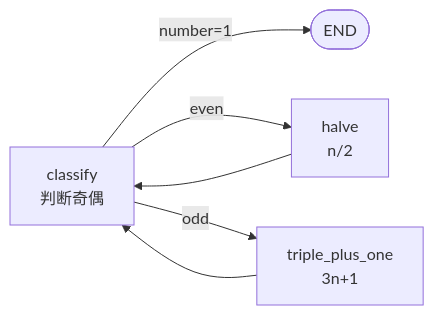
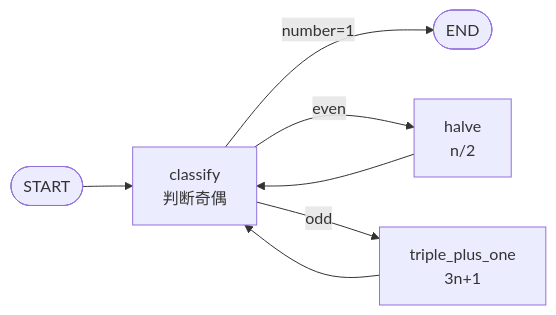
Before and after one commit to wanglh39/langgraph: the fifth of 6 diagrams in docs/stages/stage_3_conditional.md, drawn with Mermaid. The commit also changed other lines of this file and 16 other files, not shown here.

````diff
--- a/docs/stages/stage_3_conditional.md
+++ b/docs/stages/stage_3_conditional.md
@@ -103,8 +779,9 @@
 ```mermaid
 graph LR
-    C[classify<br/>判断奇偶] -->|number=1| E([END])
+    S([START]) --> C[classify<br/>判断奇偶]
+    C -->|number=1| E([END])
     C -->|even| H[halve<br/>n/2]
     C -->|odd| T[triple_plus_one<br/>3n+1]
     H --> C
     T --> C
 ```
````
